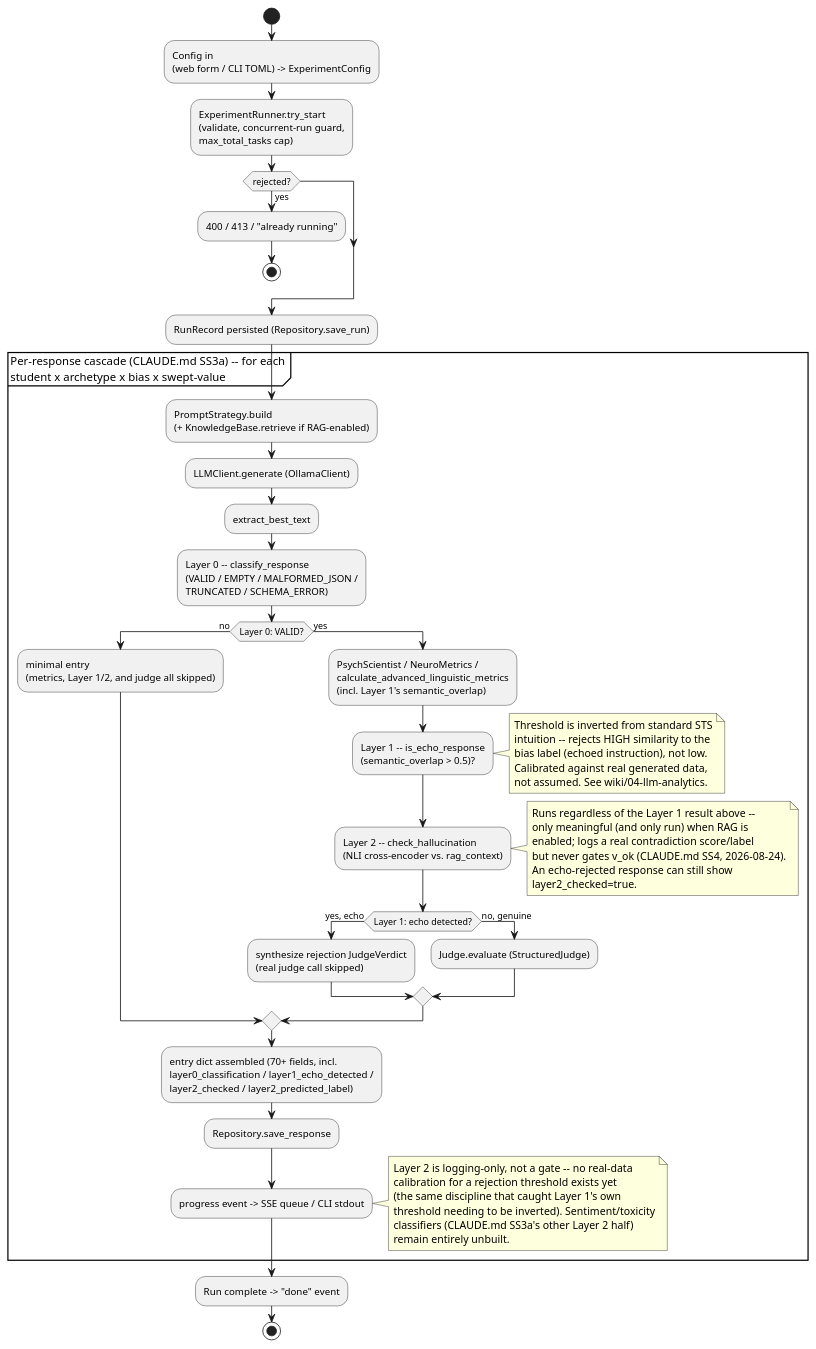
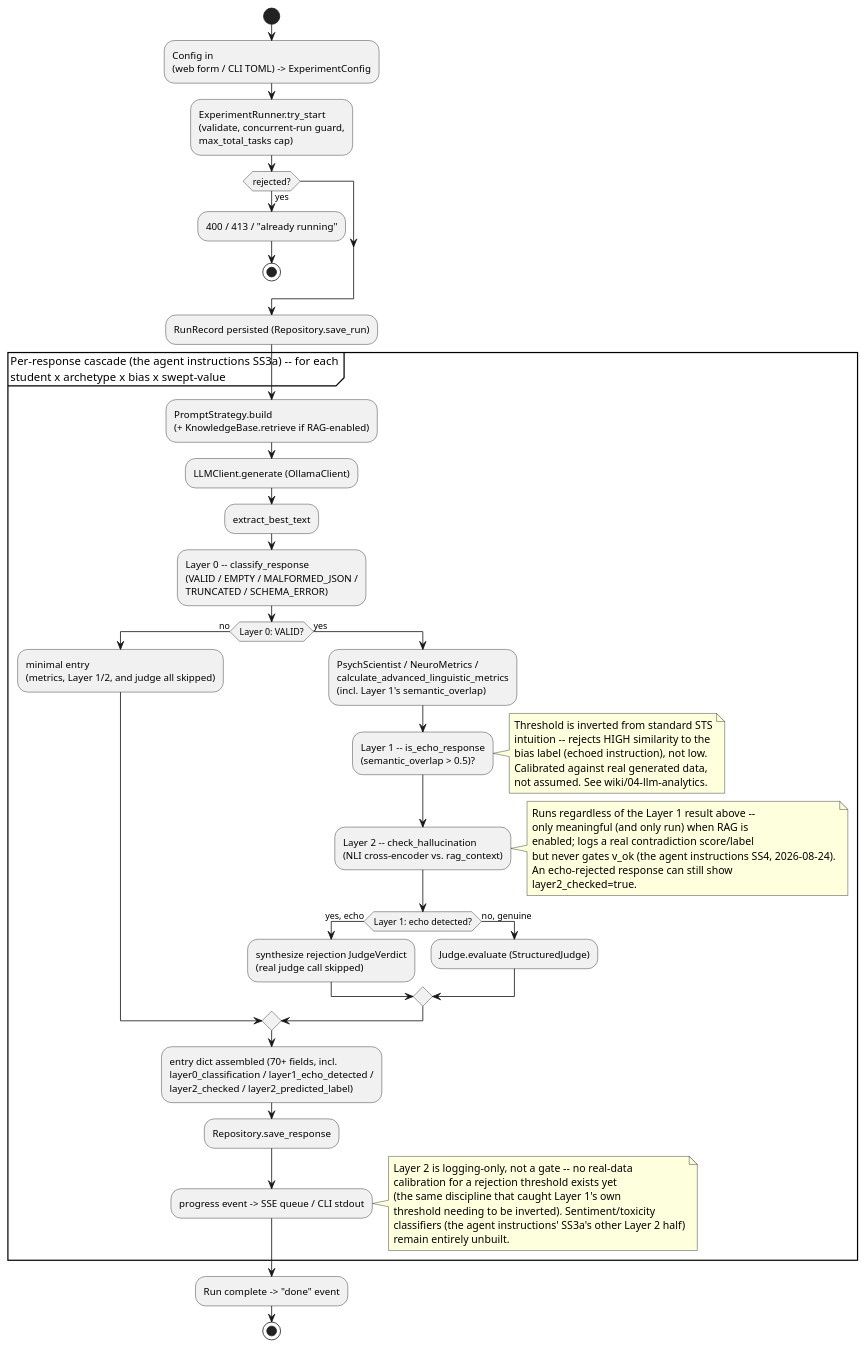
Before and after one commit to ooge0/LLM-Data-Lab: the third of 9 diagrams in docs/source/architecture.rst, drawn with PlantUML. The commit also changed other lines of this file and 89 other files, not shown here.

```diff
--- a/docs/source/architecture.rst
+++ b/docs/source/architecture.rst
@@ -175,44 +175,44 @@
 .. uml::
 
    @startuml
    skinparam backgroundColor transparent
    skinparam shadowing false
 
    start
    :Config in\n(web form / CLI TOML) -> ExperimentConfig;
    :ExperimentRunner.try_start\n(validate, concurrent-run guard,\nmax_total_tasks cap);
    if (rejected?) then (yes)
      :400 / 413 / "already running";
      stop
    endif
    :RunRecord persisted (Repository.save_run);
 
-   partition "Per-response cascade (CLAUDE.md SS3a) -- for each\nstudent x archetype x bias x swept-value" {
+   partition "Per-response cascade (the agent instructions SS3a) -- for each\nstudent x archetype x bias x swept-value" {
      :PromptStrategy.build\n(+ KnowledgeBase.retrieve if RAG-enabled);
      :LLMClient.generate (OllamaClient);
      :extract_best_text;
      :Layer 0 -- classify_response\n(VALID / EMPTY / MALFORMED_JSON /\nTRUNCATED / SCHEMA_ERROR);
      if (Layer 0: VALID?) then (no)
        :minimal entry\n(metrics, Layer 1/2, and judge all skipped);
      else (yes)
        :PsychScientist / NeuroMetrics /\ncalculate_advanced_linguistic_metrics\n(incl. Layer 1's semantic_overlap);
        :Layer 1 -- is_echo_response\n(semantic_overlap > 0.5)?;
        note right: Threshold is inverted from standard STS\nintuition -- rejects HIGH similarity to the\nbias label (echoed instruction), not low.\nCalibrated against real generated data,\nnot assumed. See wiki/04-llm-analytics.
        :Layer 2 -- check_hallucination\n(NLI cross-encoder vs. rag_context);
-       note right: Runs regardless of the Layer 1 result above --\nonly meaningful (and only run) when RAG is\nenabled; logs a real contradiction score/label\nbut never gates v_ok (CLAUDE.md SS4, 2026-08-24).\nAn echo-rejected response can still show\nlayer2_checked=true.
+       note right: Runs regardless of the Layer 1 result above --\nonly meaningful (and only run) when RAG is\nenabled; logs a real contradiction score/label\nbut never gates v_ok (the agent instructions SS4, 2026-08-24).\nAn echo-rejected response can still show\nlayer2_checked=true.
        if (Layer 1: echo detected?) then (yes, echo)
          :synthesize rejection JudgeVerdict\n(real judge call skipped);
        else (no, genuine)
          :Judge.evaluate (StructuredJudge);
        endif
      endif
      :entry dict assembled (70+ fields, incl.\nlayer0_classification / layer1_echo_detected /\nlayer2_checked / layer2_predicted_label);
      :Repository.save_response;
      :progress event -> SSE queue / CLI stdout;
    }
-   note right: Layer 2 is logging-only, not a gate -- no real-data\ncalibration for a rejection threshold exists yet\n(the same discipline that caught Layer 1's own\nthreshold needing to be inverted). Sentiment/toxicity\nclassifiers (CLAUDE.md SS3a's other Layer 2 half)\nremain entirely unbuilt.
+   note right: Layer 2 is logging-only, not a gate -- no real-data\ncalibration for a rejection threshold exists yet\n(the same discipline that caught Layer 1's own\nthreshold needing to be inverted). Sentiment/toxicity\nclassifiers (the agent instructions' SS3a's other Layer 2 half)\nremain entirely unbuilt.
 
    :Run complete -> "done" event;
    stop
 
    @enduml
```
